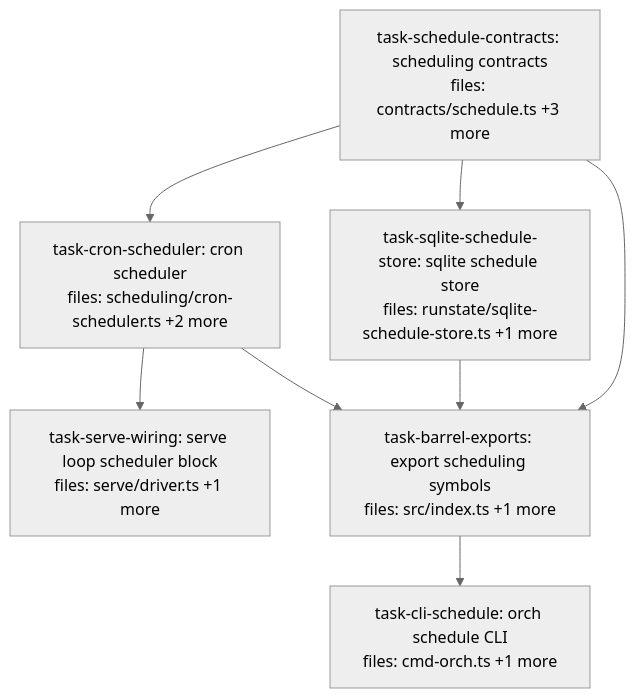
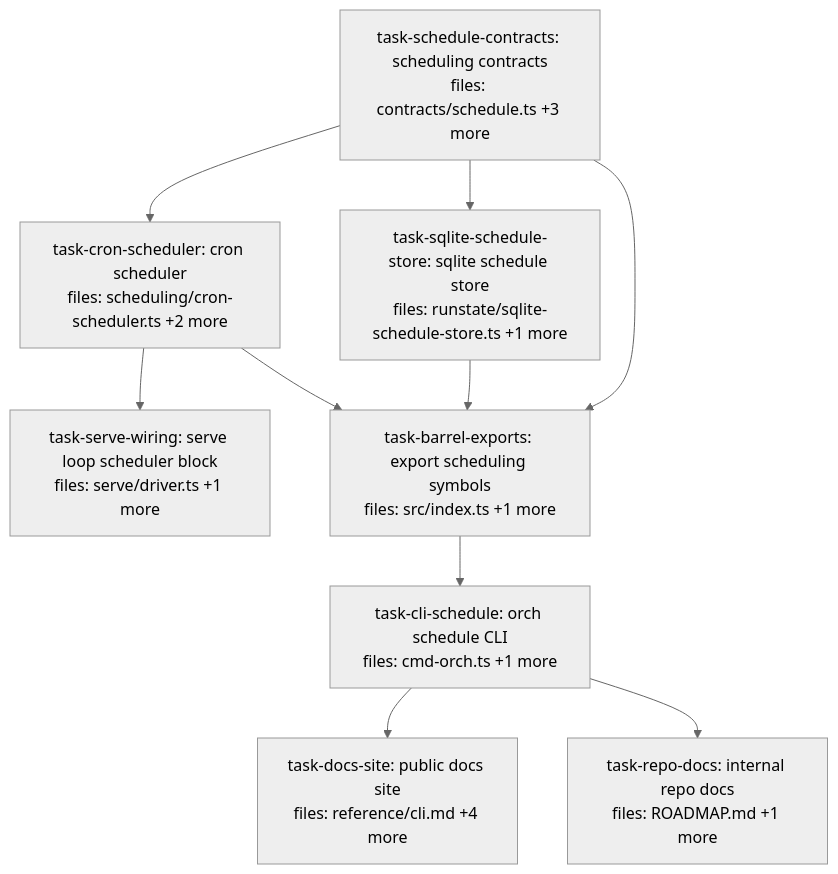
The diagram in docs/superpowers/plans/2026-06-02-agora-cron-trigger-dag.md (QuarrySystems/agora), drawn with Mermaid (neutral theme) before and after one commit. The commit also changed other lines of this file, not shown here.

````diff
--- a/docs/superpowers/plans/2026-06-02-agora-cron-trigger-dag.md
+++ b/docs/superpowers/plans/2026-06-02-agora-cron-trigger-dag.md
@@ -6,23 +6,27 @@
 ```mermaid
 flowchart TD
     task-schedule-contracts["task-schedule-contracts: scheduling contracts<br/>files: contracts/schedule.ts +3 more"]
     task-cron-scheduler["task-cron-scheduler: cron scheduler<br/>files: scheduling/cron-scheduler.ts +2 more"]
     task-sqlite-schedule-store["task-sqlite-schedule-store: sqlite schedule store<br/>files: runstate/sqlite-schedule-store.ts +1 more"]
     task-serve-wiring["task-serve-wiring: serve loop scheduler block<br/>files: serve/driver.ts +1 more"]
     task-barrel-exports["task-barrel-exports: export scheduling symbols<br/>files: src/index.ts +1 more"]
     task-cli-schedule["task-cli-schedule: orch schedule CLI<br/>files: cmd-orch.ts +1 more"]
+    task-docs-site["task-docs-site: public docs site<br/>files: reference/cli.md +4 more"]
+    task-repo-docs["task-repo-docs: internal repo docs<br/>files: ROADMAP.md +1 more"]
 
     task-schedule-contracts --> task-cron-scheduler
     task-schedule-contracts --> task-sqlite-schedule-store
     task-cron-scheduler --> task-serve-wiring
     task-schedule-contracts --> task-barrel-exports
     task-cron-scheduler --> task-barrel-exports
     task-sqlite-schedule-store --> task-barrel-exports
     task-barrel-exports --> task-cli-schedule
+    task-cli-schedule --> task-docs-site
+    task-cli-schedule --> task-repo-docs
 
     classDef done fill:#90ee90,stroke:#333
     classDef ready fill:#fffacd,stroke:#333
     classDef running fill:#87ceeb,stroke:#333
     classDef failed fill:#ffb6c1,stroke:#333
     classDef skipped fill:#d3d3d3,stroke:#333,stroke-dasharray: 5 5
 ```
````
